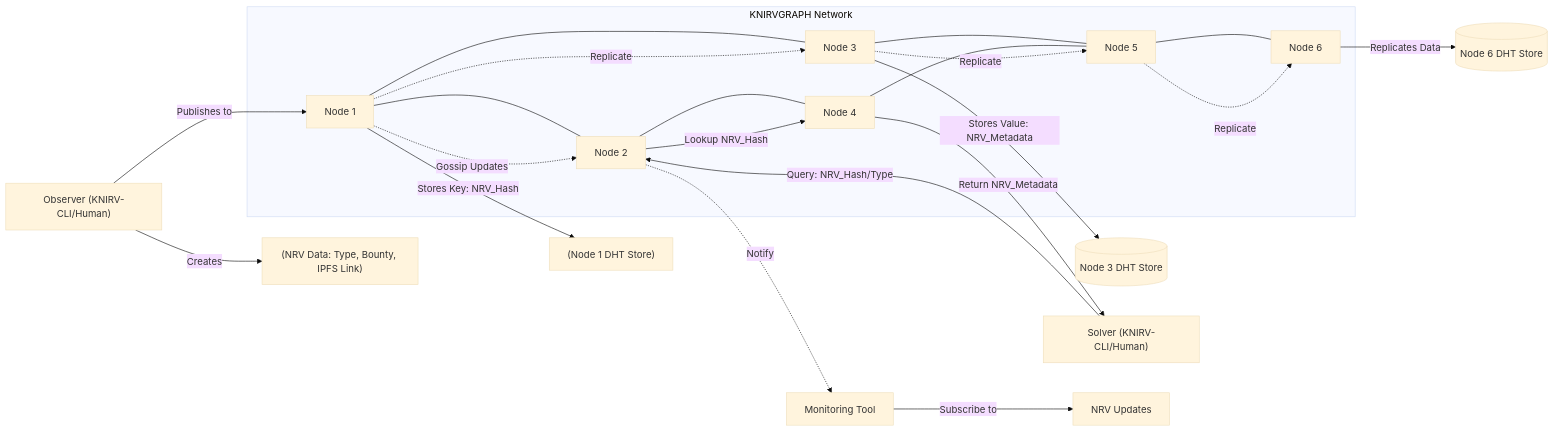
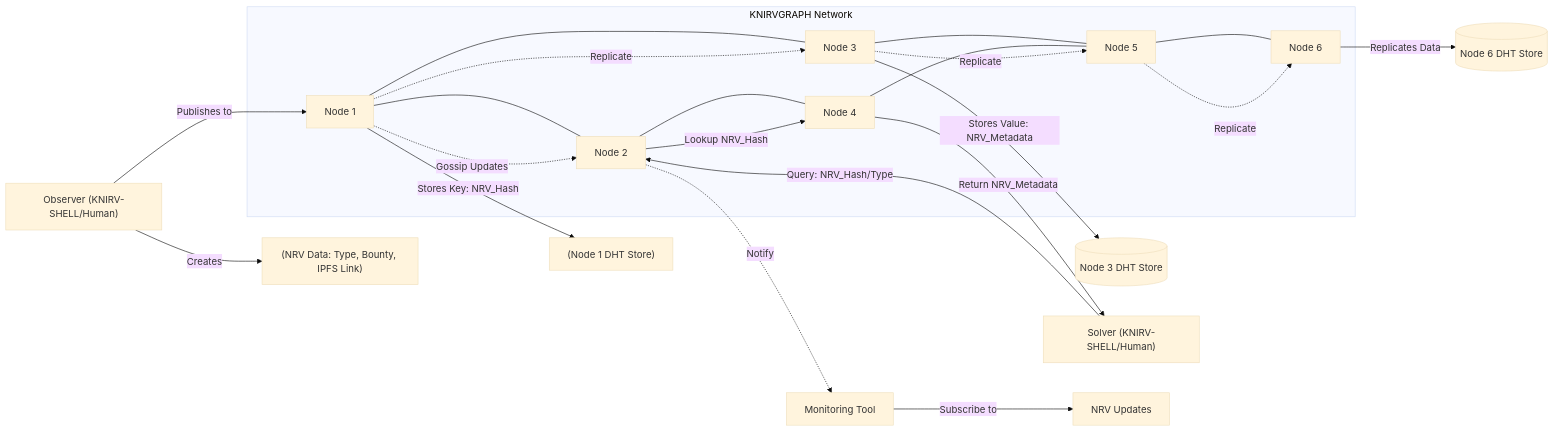
One commit to guiperry/KNIRV_NETWORK changed the second of 9 diagrams in KNIRVGATEWAY/network-website/public/documentation/docsify/whitepapers/KNIRV-GRAPH_Whitepaper.md. Above: the diagram before and after it, drawn with Mermaid (base theme). The commit also changed other lines of this file and 11499 other files, not shown here.

````diff
--- a/KNIRVGATEWAY/network-website/public/documentation/docsify/whitepapers/KNIRV-GRAPH_Whitepaper.md
+++ b/KNIRVGATEWAY/network-website/public/documentation/docsify/whitepapers/KNIRV-GRAPH_Whitepaper.md
@@ -157,30 +157,30 @@
 ```mermaid
 graph LR
     subgraph KNIRVGRAPH_NETWORK[KNIRVGRAPH Network]
         N1[Node 1] --- N2[Node 2]
         N1 --- N3[Node 3]
         N2 --- N4[Node 4]
         N3 --- N5[Node 5]
         N4 --- N5
         N5 --- N6[Node 6]
     end
 
-    Obs["Observer (KNIRV-CLI/Human)"] -- Creates --> NRV_Data["(NRV Data: Type, Bounty, IPFS Link)"]
+    Obs["Observer (KNIRV-SHELL/Human)"] -- Creates --> NRV_Data["(NRV Data: Type, Bounty, IPFS Link)"]
     Obs -- Publishes to --> N1
     
     N1 -- Stores Key: NRV_Hash --> N1_Store["(Node 1 DHT Store)"]
     N3 -- Stores Value: NRV_Metadata --> N3_Store[(Node 3 DHT Store)]
     N6 -- Replicates Data --> N6_Store[(Node 6 DHT Store)]
     
-    Solv["Solver (KNIRV-CLI/Human)"] -- Query: NRV_Hash/Type --> N2
+    Solv["Solver (KNIRV-SHELL/Human)"] -- Query: NRV_Hash/Type --> N2
     N2 -- Lookup NRV_Hash --> N4
     N4 -- Return NRV_Metadata --> Solv
 
     Monitor[Monitoring Tool] -- Subscribe to --> DHT_Updates[NRV Updates]
     N1 -. Gossip Updates .-> N2
     N2 -. Notify .-> Monitor
     
     N1 -. Replicate .-> N3
     N3 -. Replicate .-> N5
     N5 -. Replicate .-> N6
 ```
````
